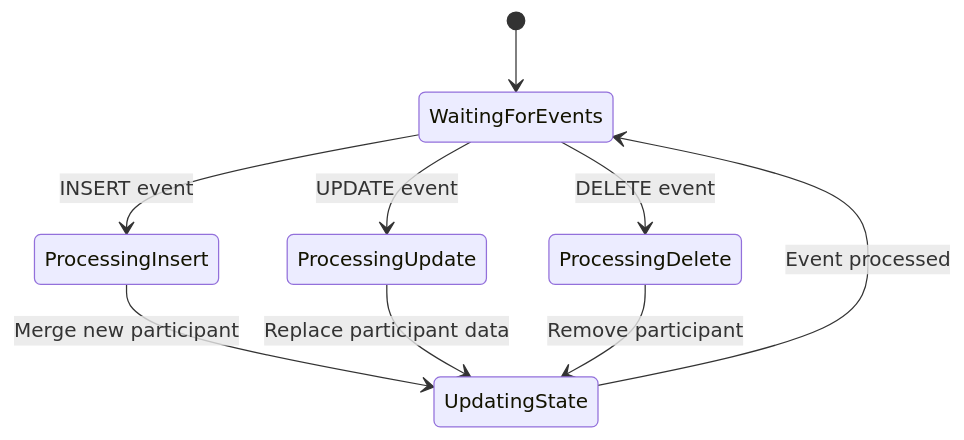
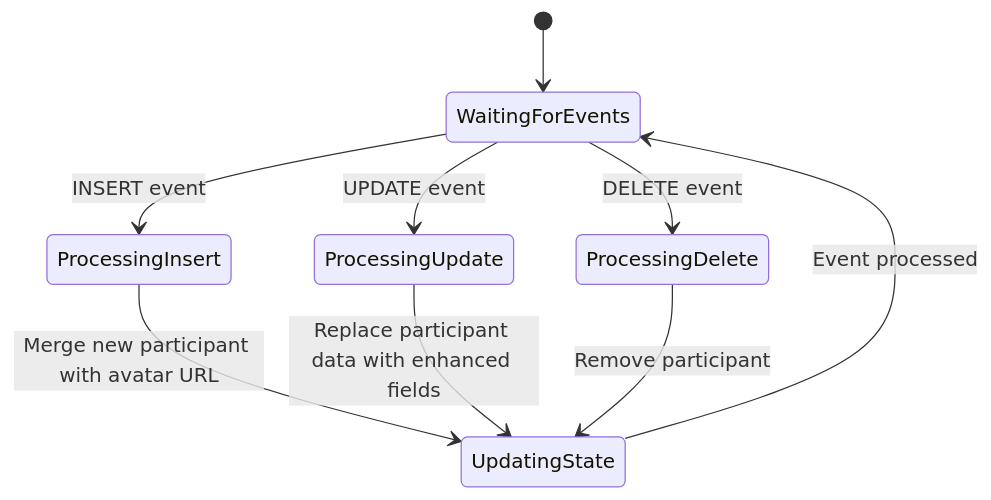
Before and after one commit to TheBooleanJulian/followtrain-v2: the fourth of 5 diagrams in .qoder/repowiki/en/content/Real-time Features & Supabase Integration.md, drawn with Mermaid. The commit also changed other lines of this file and 202 other files, not shown here.

````diff
--- a/.qoder/repowiki/en/content/Real-time Features & Supabase Integration.md
+++ b/.qoder/repowiki/en/content/Real-time Features & Supabase Integration.md
@@ -253,11 +238,11 @@
 ```mermaid
 stateDiagram-v2
 [*] --> WaitingForEvents
 WaitingForEvents --> ProcessingInsert : INSERT event
 WaitingForEvents --> ProcessingUpdate : UPDATE event
 WaitingForEvents --> ProcessingDelete : DELETE event
-ProcessingInsert --> UpdatingState : Merge new participant
-ProcessingUpdate --> UpdatingState : Replace participant data
+ProcessingInsert --> UpdatingState : Merge new participant with avatar URL
+ProcessingUpdate --> UpdatingState : Replace participant data with enhanced fields
 ProcessingDelete --> UpdatingState : Remove participant
 UpdatingState --> WaitingForEvents : Event processed
 ```
````
